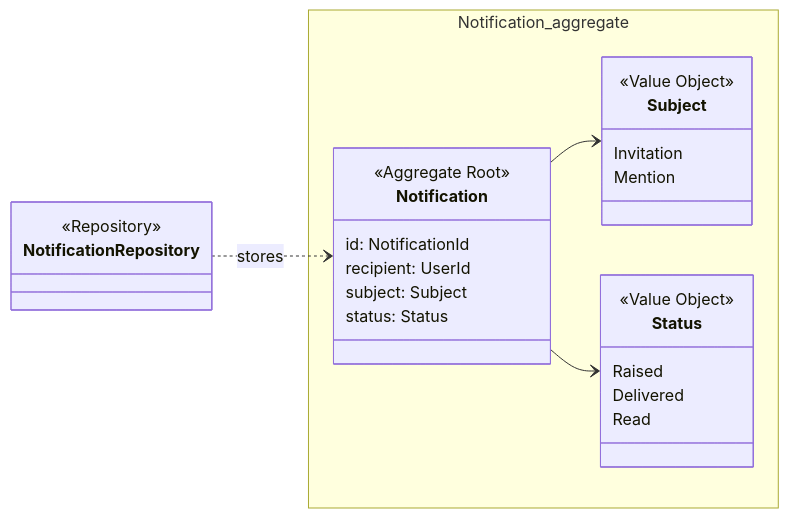
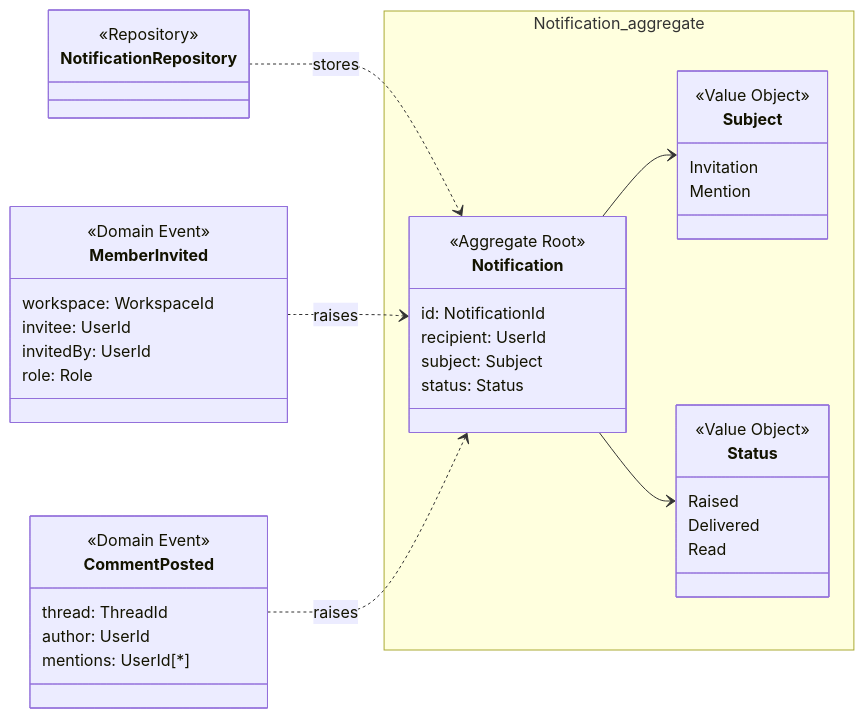
One commit to Bending-Forks/gotion changed the fifth of 5 diagrams in _includes/tactical-design.md. Above: the diagram before and after it, drawn with Mermaid. The commit also changed other lines of this file, not shown here.

````diff
--- a/_includes/tactical-design.md
+++ b/_includes/tactical-design.md
@@ -437,30 +456,45 @@
 ```mermaid
 classDiagram
   direction LR
   namespace Notification_aggregate {
     class Notification {
       <<Aggregate Root>>
       id: NotificationId
       recipient: UserId
       subject: Subject
       status: Status
     }
     class Subject {
       <<Value Object>>
       Invitation
       Mention
     }
     class Status {
       <<Value Object>>
       Raised
       Delivered
       Read
     }
   }
   class NotificationRepository {
     <<Repository>>
   }
+  class MemberInvited {
+    <<Domain Event>>
+    workspace: WorkspaceId
+    invitee: UserId
+    invitedBy: UserId
+    role: Role
+  }
+  class CommentPosted {
+    <<Domain Event>>
+    thread: ThreadId
+    author: UserId
+    mentions: UserId[*]
+  }
   Notification --> Subject
   Notification --> Status
   NotificationRepository ..> Notification : stores
+  MemberInvited ..> Notification : raises
+  CommentPosted ..> Notification : raises
 ```
````
